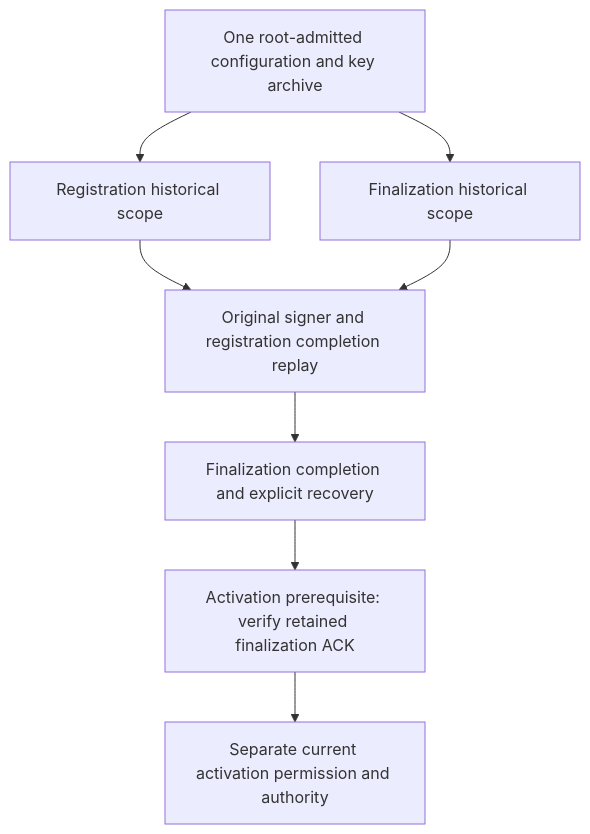
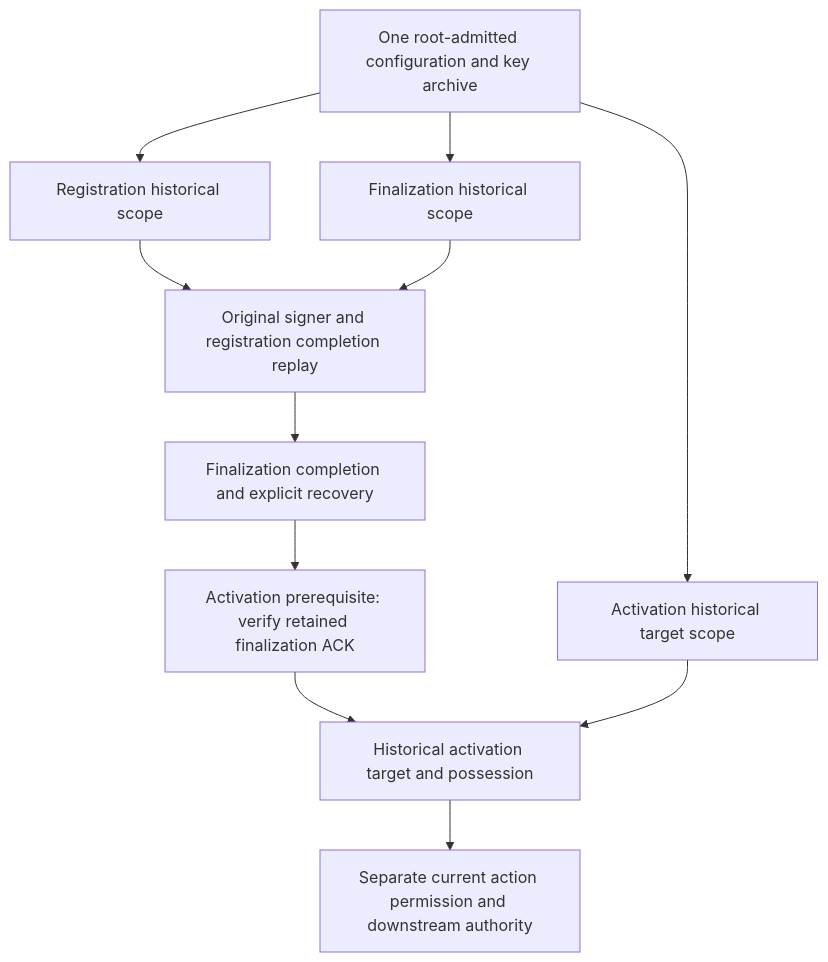
One commit to AndrewMohawk/catchplate changed the diagram in docs/historical-authority-resolution.md. Above: the diagram before and after it, drawn with Mermaid. The commit also changed other lines of this file and 25 other files, not shown here.

Commit message:
feat(auth): resolve activation recovery targets through archived authority

````diff
--- a/docs/historical-authority-resolution.md
+++ b/docs/historical-authority-resolution.md
@@ -112,10 +120,13 @@
 ```mermaid
 flowchart TD
     A[One root-admitted configuration and key archive] --> R[Registration historical scope]
     A --> F[Finalization historical scope]
+    A --> H[Activation historical target scope]
     R --> V[Original signer and registration completion replay]
     F --> V
     V --> C[Finalization completion and explicit recovery]
     C --> P[Activation prerequisite: verify retained finalization ACK]
-    P --> N[Separate current activation permission and authority]
+    P --> T[Historical activation target and possession]
+    H --> T
+    T --> N[Separate current action permission and downstream authority]
 ```
````
